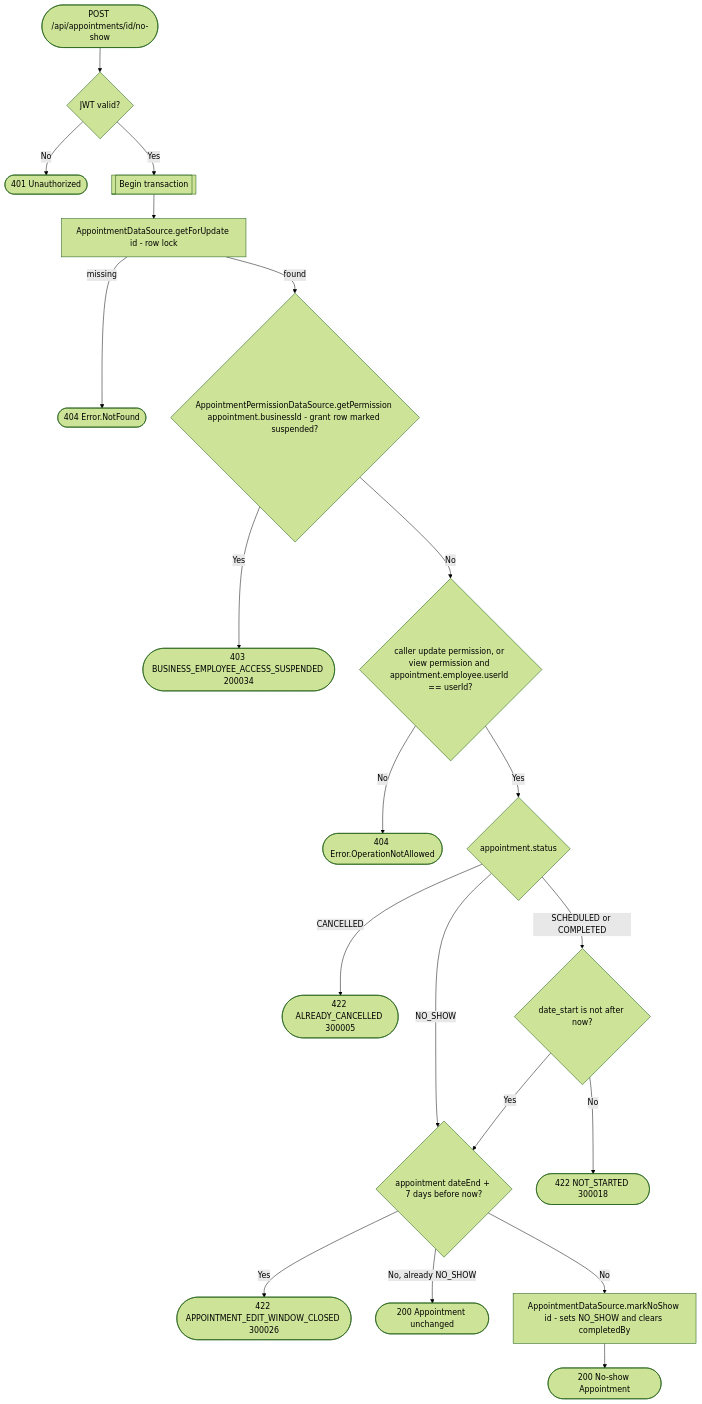
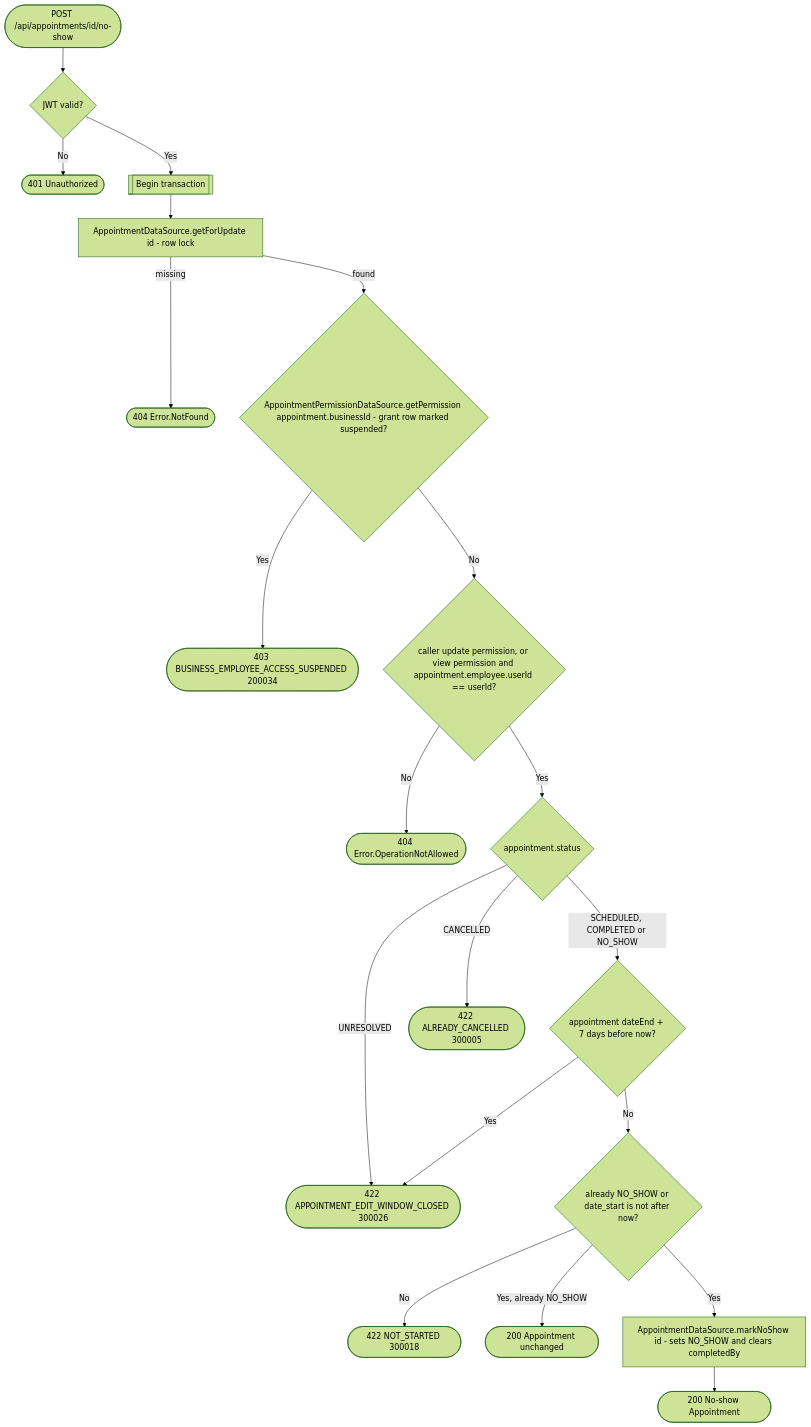
One commit to nocturneproperties/bookkme changed the diagram in docs/operations/appointments/mark-appointment-no-show.md. Above: the diagram before and after it, drawn with Mermaid (forest theme). The commit also changed other lines of this file and 31 other files, not shown here.

Commit message:
[miscellaneous] comply with edit window for appointments

````diff
--- a/docs/operations/appointments/mark-appointment-no-show.md
+++ b/docs/operations/appointments/mark-appointment-no-show.md
@@ -24,22 +27,22 @@
 ```mermaid
 flowchart TD
     Start([POST /api/appointments/id/no-show]) --> Auth{JWT valid?}
     Auth -- No --> R401([401 Unauthorized])
     Auth -- Yes --> Tx[[Begin transaction]]
     Tx --> Get[AppointmentDataSource.getForUpdate id - row lock]
     Get -- missing --> R404a([404 Error.NotFound])
     Get -- found --> Suspended{AppointmentPermissionDataSource.getPermission appointment.businessId - grant row marked suspended?}
     Suspended -- Yes --> R403s([403 BUSINESS_EMPLOYEE_ACCESS_SUSPENDED 200034])
     Suspended -- No --> Perm{caller update permission, or view permission and appointment.employee.userId == userId?}
     Perm -- No --> R404b([404 Error.OperationNotAllowed])
     Perm -- Yes --> Status{appointment.status}
-    Status -- NO_SHOW --> Window{appointment dateEnd + 7 days before now?}
+    Status -- SCHEDULED, COMPLETED or NO_SHOW --> Window{appointment dateEnd + 7 days before now?}
+    Status -- UNRESOLVED --> R422w
     Status -- CANCELLED --> R422a([422 ALREADY_CANCELLED 300005])
-    Status -- SCHEDULED or COMPLETED --> Started{date_start is not after now?}
+    Window -- Yes --> R422w([422 APPOINTMENT_EDIT_WINDOW_CLOSED 300026])
+    Window -- No --> Started{already NO_SHOW or date_start is not after now?}
     Started -- No --> R422b([422 NOT_STARTED 300018])
-    Started -- Yes --> Window
-    Window -- Yes --> R422w([422 APPOINTMENT_EDIT_WINDOW_CLOSED 300026])
-    Window -- No, already NO_SHOW --> R200u([200 Appointment unchanged])
-    Window -- No --> Mark[AppointmentDataSource.markNoShow id - sets NO_SHOW and clears completedBy]
+    Started -- Yes, already NO_SHOW --> R200u([200 Appointment unchanged])
+    Started -- Yes --> Mark[AppointmentDataSource.markNoShow id - sets NO_SHOW and clears completedBy]
     Mark --> R200([200 No-show Appointment])
 ```
````
